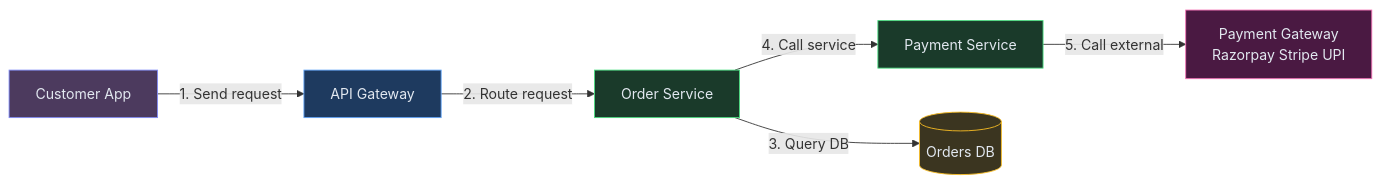
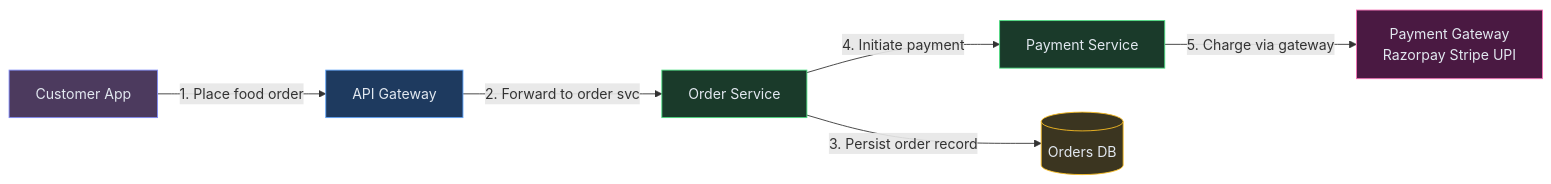
Before and after one commit to iluzn/HLD-Designs: the third of 12 diagrams in content/hld/Zomato.md, drawn with Mermaid. The commit also changed other lines of this file and 27 other files, not shown here.

````diff
--- a/content/hld/Zomato.md
+++ b/content/hld/Zomato.md
@@ -198,21 +198,21 @@
 ```mermaid
 flowchart LR
     CUST["Customer App"]:::client
     GW["API Gateway"]:::edge
     ORDER["Order Service"]:::service
     PAY["Payment Service"]:::service
     DB[("Orders DB")]:::data
     PG["Payment Gateway<br/>Razorpay Stripe UPI"]:::external
 
-    CUST -->|"1. Send request"| GW
-    GW -->|"2. Route request"| ORDER
-    ORDER -->|"3. Query DB"| DB
-    ORDER -->|"4. Call service"| PAY
-    PAY -->|"5. Call external"| PG
+    CUST -->|"1. Place food order"| GW
+    GW -->|"2. Forward to order svc"| ORDER
+    ORDER -->|"3. Persist order record"| DB
+    ORDER -->|"4. Initiate payment"| PAY
+    PAY -->|"5. Charge via gateway"| PG
 
     classDef client fill:#4c3a5e,stroke:#818cf8,color:#e2e8f0
     classDef edge fill:#1e3a5f,stroke:#60a5fa,color:#e2e8f0
     classDef service fill:#1a3a2a,stroke:#4ade80,color:#e2e8f0
     classDef data fill:#3b3520,stroke:#fbbf24,color:#e2e8f0
     classDef external fill:#4a1942,stroke:#f472b6,color:#e2e8f0
 ```
````
